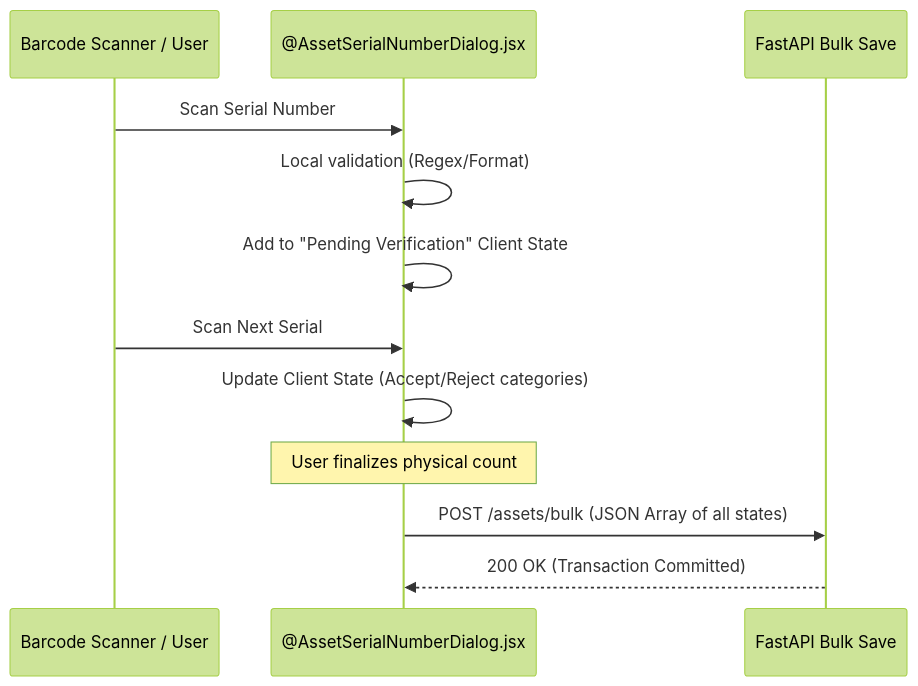
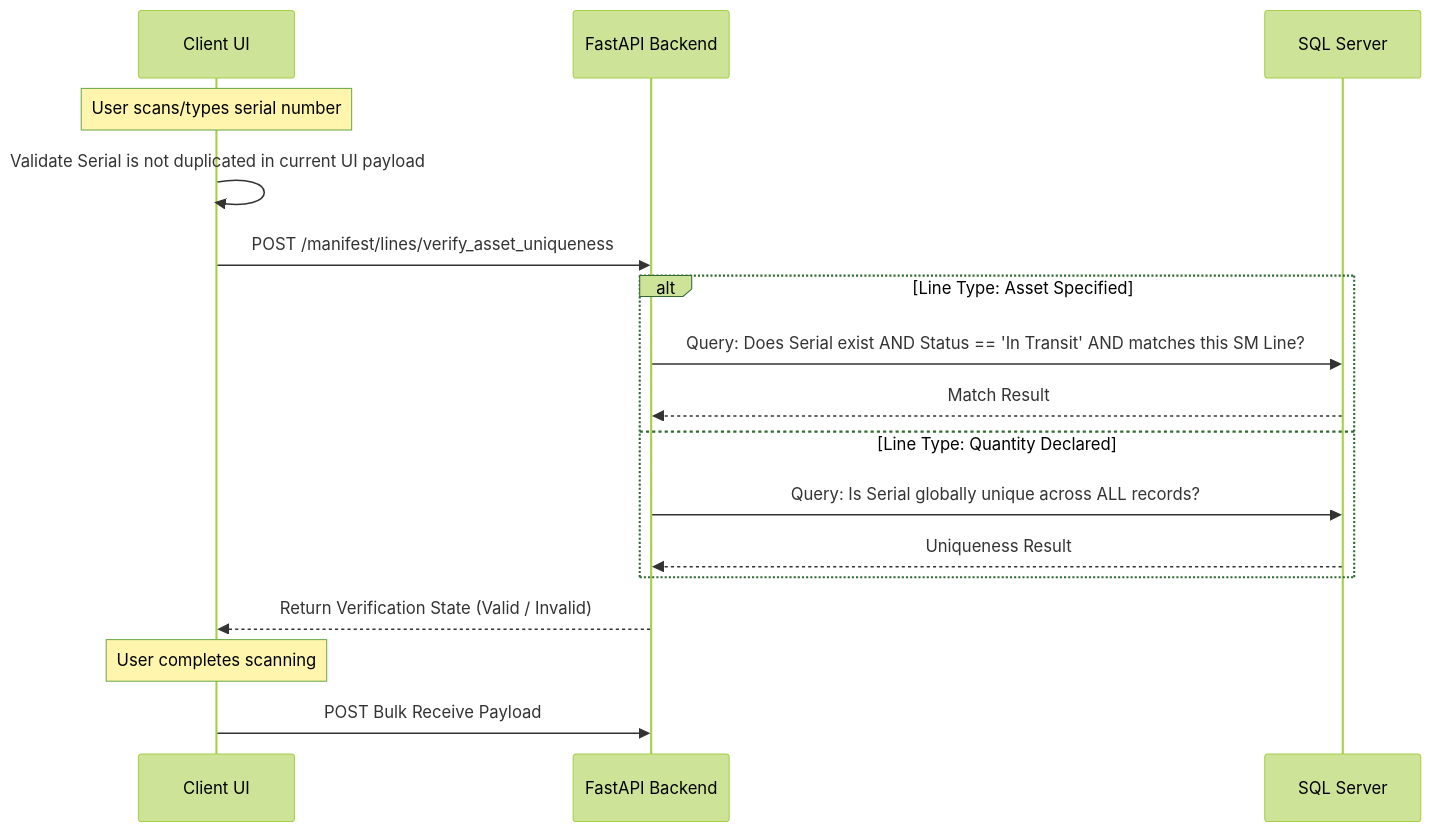
One commit to Khiem2112/inventory-management-app changed the fifth of 5 diagrams in README.md. Above: the diagram before and after it, drawn with Mermaid (forest theme). The commit also changed other lines of this file, not shown here.

Commit message:
Update README with new token handling and verification flow

````diff
--- a/README.md
+++ b/README.md
@@ -168,15 +170,22 @@
 ```mermaid
 sequenceDiagram
-    participant Scanner as Barcode Scanner / User
-    participant UI as @AssetSerialNumberDialog.jsx
-    participant API as FastAPI Bulk Save
+    participant UI as Client UI
+    participant API as FastAPI Backend
+    participant DB as SQL Server
 
-    Scanner->>UI: Scan Serial Number
-    UI->>UI: Local validation (Regex/Format)
-    UI->>UI: Add to "Pending Verification" Client State
-    Scanner->>UI: Scan Next Serial
-    UI->>UI: Update Client State (Accept/Reject categories)
-    Note over UI: User finalizes physical count
-    UI->>API: POST /assets/bulk (JSON Array of all states)
-    API-->>UI: 200 OK (Transaction Committed)
+    Note over UI: User scans/types serial number
+    UI->>UI: Validate Serial is not duplicated in current UI payload
+    UI->>API: POST /manifest/lines/verify_asset_uniqueness
+    
+    alt Line Type: Asset Specified
+        API->>DB: Query: Does Serial exist AND Status == 'In Transit' AND matches this SM Line?
+        DB-->>API: Match Result
+    else Line Type: Quantity Declared
+        API->>DB: Query: Is Serial globally unique across ALL records?
+        DB-->>API: Uniqueness Result
+    end
+    
+    API-->>UI: Return Verification State (Valid / Invalid)
+    Note over UI: User completes scanning
+    UI->>API: POST Bulk Receive Payload
 ```
````
